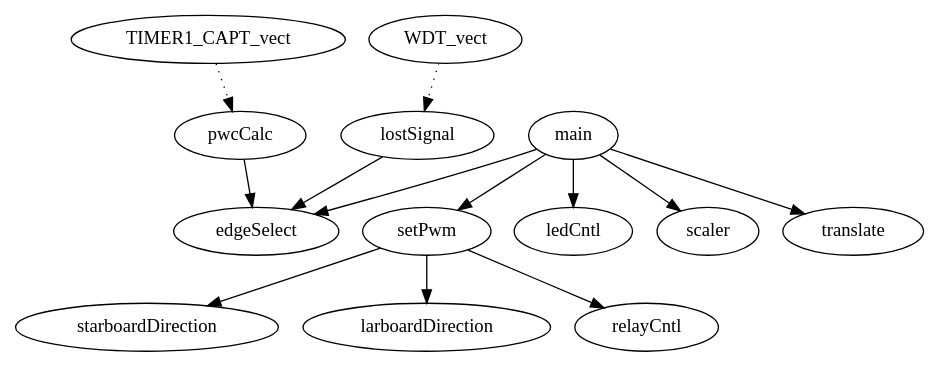
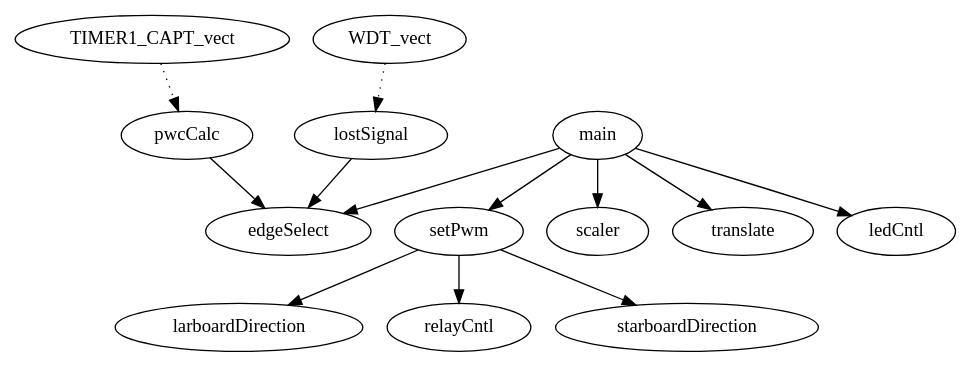
The diagram in Firmware/Propulsion/piruett.dot (bjornburton/champbot), drawn with Graphviz before and after one commit. The commit also changed other lines of this file and 7 other files, not shown here.

```diff
--- a/Firmware/Propulsion/piruett.dot
+++ b/Firmware/Propulsion/piruett.dot
@@ -1,14 +1,14 @@
 digraph callgraph {
+"TIMER1_CAPT_vect" -> "pwcCalc" [style=dotted];
 "lostSignal" -> "edgeSelect" [style=solid];
-"setPwm" -> "starboardDirection" [style=solid];
+"main" -> "setPwm" [style=solid];
+"main" -> "scaler" [style=solid];
+"main" -> "edgeSelect" [style=solid];
+"main" -> "translate" [style=solid];
+"main" -> "ledCntl" [style=solid];
+"WDT_vect" -> "lostSignal" [style=dotted];
 "setPwm" -> "larboardDirection" [style=solid];
 "setPwm" -> "relayCntl" [style=solid];
-"main" -> "ledCntl" [style=solid];
-"main" -> "edgeSelect" [style=solid];
-"main" -> "setPwm" [style=solid];
-"main" -> "scaler" [style=solid];
-"main" -> "translate" [style=solid];
-"TIMER1_CAPT_vect" -> "pwcCalc" [style=dotted];
+"setPwm" -> "starboardDirection" [style=solid];
 "pwcCalc" -> "edgeSelect" [style=solid];
-"WDT_vect" -> "lostSignal" [style=dotted];
 }
```
